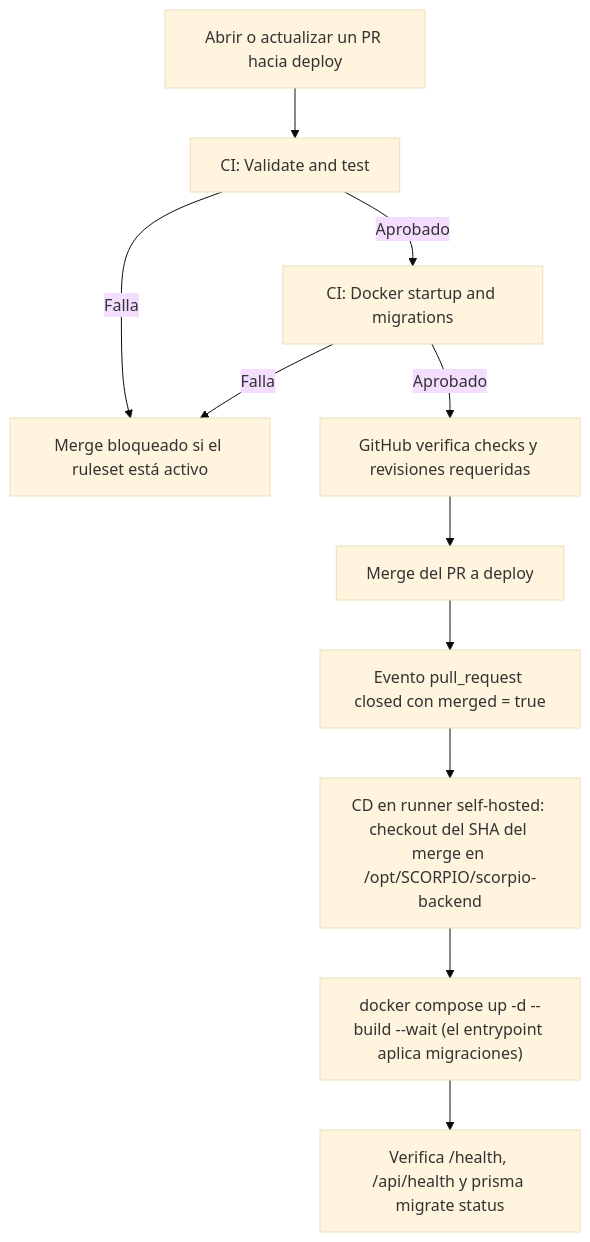
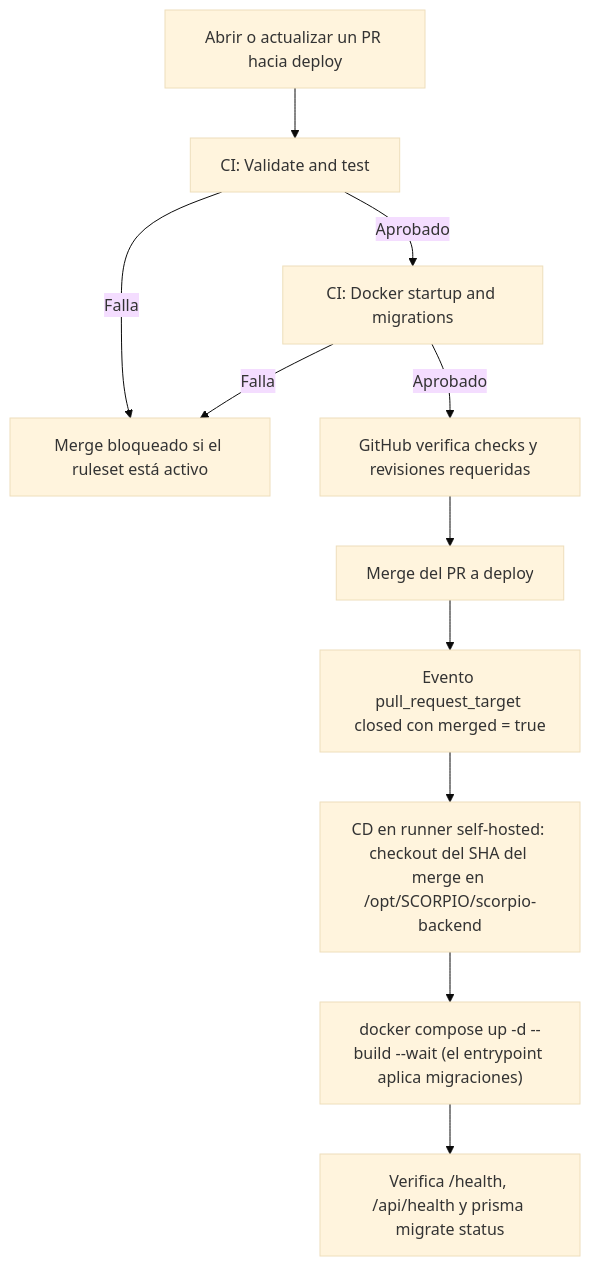
One commit to scorpio-iotuc/scorpio-backend changed the diagram in docs/CICD.md. Above: the diagram before and after it, drawn with Mermaid (base theme). The commit also changed other lines of this file and 2 other files, not shown here.

First line of the commit message:
ci: run CD from pull_request_target to block workflow tampering from PRs

````diff
--- a/docs/CICD.md
+++ b/docs/CICD.md
@@ -16,13 +16,13 @@
 ```mermaid
 flowchart TD
     PR["Abrir o actualizar un PR hacia deploy"] --> CI["CI: Validate and test"]
     CI -->|"Aprobado"| Docker["CI: Docker startup and migrations"]
     CI -->|"Falla"| Block["Merge bloqueado si el ruleset está activo"]
     Docker -->|"Falla"| Block
     Docker -->|"Aprobado"| Rules["GitHub verifica checks y revisiones requeridas"]
     Rules --> Merge["Merge del PR a deploy"]
-    Merge --> Closed["Evento pull_request closed con merged = true"]
+    Merge --> Closed["Evento pull_request_target closed con merged = true"]
     Closed --> CD["CD en runner self-hosted: checkout del SHA del merge en /opt/SCORPIO/scorpio-backend"]
     CD --> Up["docker compose up -d --build --wait (el entrypoint aplica migraciones)"]
     Up --> Health["Verifica /health, /api/health y prisma migrate status"]
 ```
````
